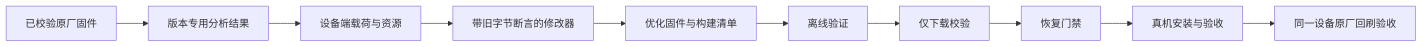
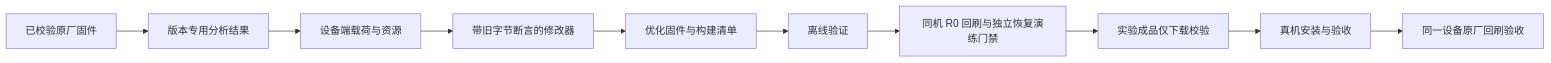
One commit to andy-JustSayWhen/cuktech-ap01-firmware-tools changed the diagram in reference/DESIGN/AP01-1.0.2_0031-opt.bin.md. Above: the diagram before and after it, drawn with Mermaid. The commit also changed other lines of this file and 10 other files, not shown here.

````diff
--- a/reference/DESIGN/AP01-1.0.2_0031-opt.bin.md
+++ b/reference/DESIGN/AP01-1.0.2_0031-opt.bin.md
@@ -54,12 +67,12 @@
 ```mermaid
 flowchart LR
     A["已校验原厂固件"] --> B["版本专用分析结果"]
     B --> C["设备端载荷与资源"]
     C --> D["带旧字节断言的修改器"]
     D --> E["优化固件与构建清单"]
     E --> F["离线验证"]
-    F --> G["仅下载校验"]
-    G --> H["恢复门禁"]
+    F --> G["同机 R0 回刷与独立恢复演练门禁"]
+    G --> H["实验成品仅下载校验"]
     H --> I["真机安装与验收"]
     I --> J["同一设备原厂回刷验收"]
 ```
````
